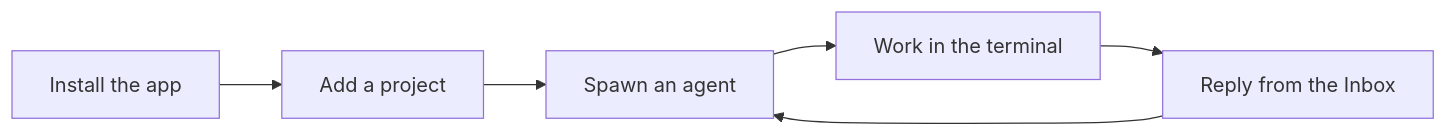
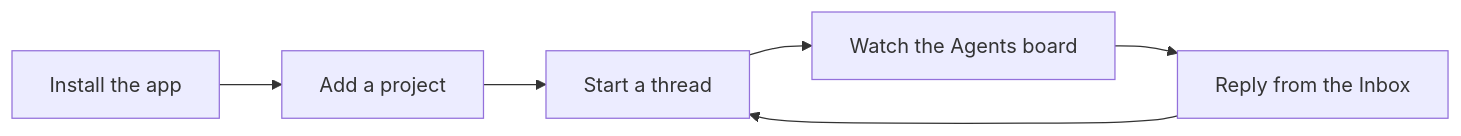
One commit to salesforce/zana changed the diagram in website/content/docs/getting-started.md. Above: the diagram before and after it, drawn with Mermaid. The commit also changed other lines of this file and 156 other files, not shown here.

````diff
--- a/website/content/docs/getting-started.md
+++ b/website/content/docs/getting-started.md
@@ -12,8 +13,8 @@
 ```mermaid
 flowchart LR
     A["Install the app"] --> B["Add a project"]
-    B --> C["Spawn an agent"]
-    C --> D["Work in the terminal"]
+    B --> C["Start a thread"]
+    C --> D["Watch the Agents board"]
     D --> E["Reply from the Inbox"]
     E --> C
 ```
````
